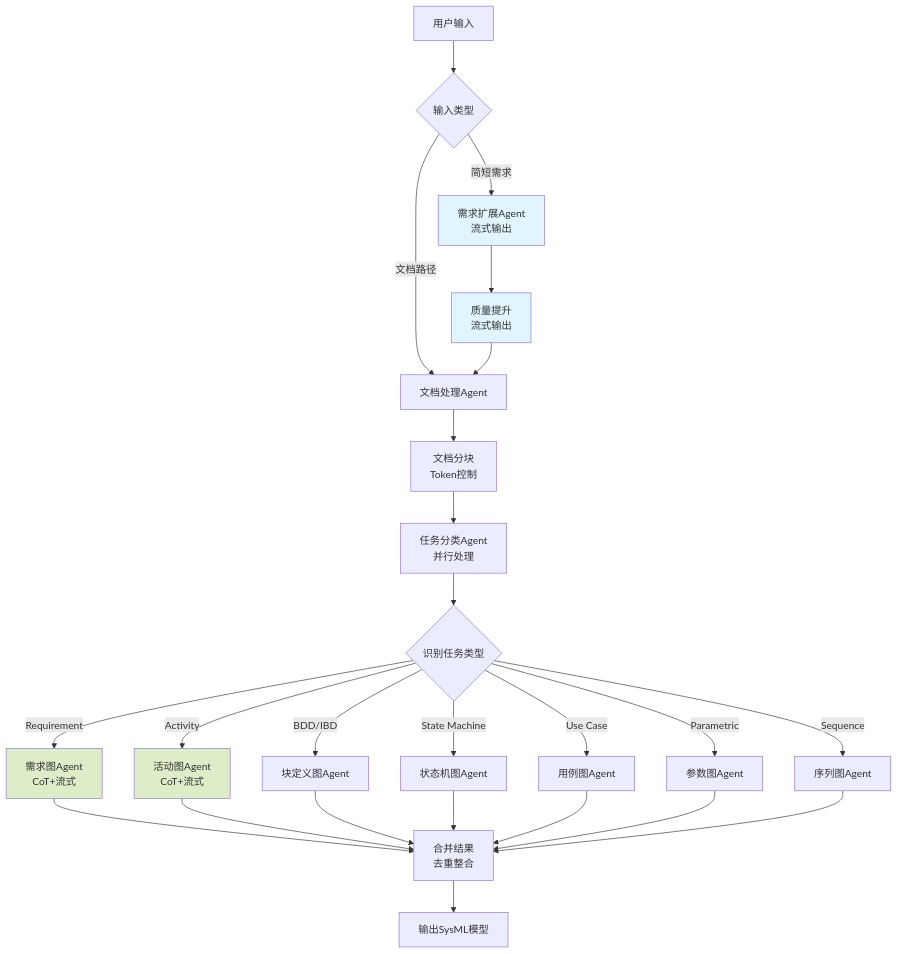
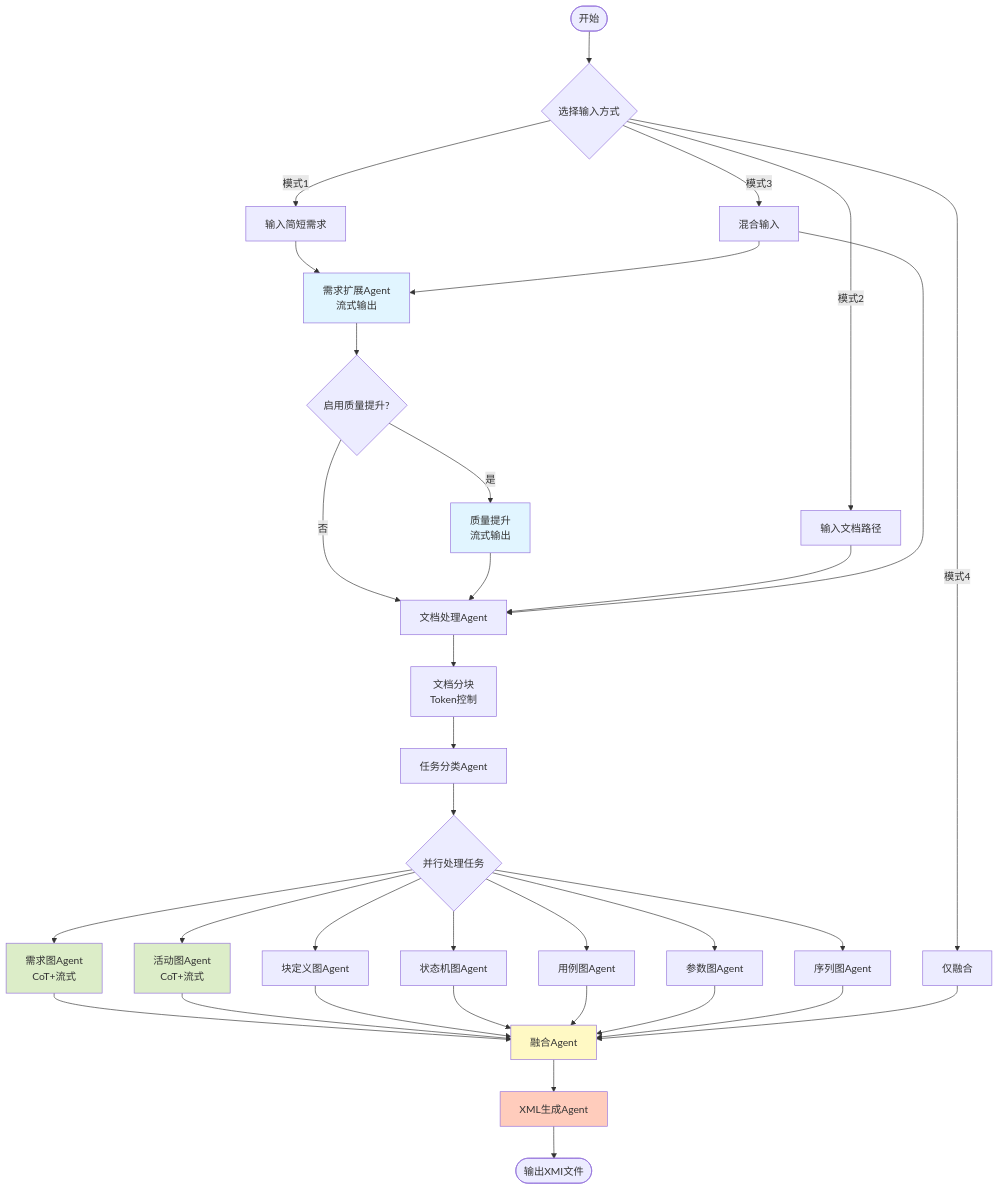
The second of 5 diagrams in langgraph-project/README.md (LnYo-Cly/auto-sysml-mbse), drawn with Mermaid before and after one commit. The commit also changed other lines of this file, not shown here.

````diff
--- a/langgraph-project/README.md
+++ b/langgraph-project/README.md
@@ -198,31 +431,52 @@
 ```mermaid
 graph TB
-    A[用户输入] --> B{输入类型}
-    B -->|简短需求| C[需求扩展Agent<br/>流式输出]
-    B -->|文档路径| D[文档处理Agent]
-    C --> E[质量提升<br/>流式输出]
-    E --> D
-    D --> F[文档分块<br/>Token控制]
-    F --> G[任务分类Agent<br/>并行处理]
-    G --> H{识别任务类型}
-    H -->|Requirement| I1[需求图Agent<br/>CoT+流式]
-    H -->|Activity| I2[活动图Agent<br/>CoT+流式]
-    H -->|BDD/IBD| I3[块定义图Agent]
-    H -->|State Machine| I4[状态机图Agent]
-    H -->|Use Case| I5[用例图Agent]
-    H -->|Parametric| I6[参数图Agent]
-    H -->|Sequence| I7[序列图Agent]
-    I1 --> J[合并结果<br/>去重整合]
-    I2 --> J
-    I3 --> J
-    I4 --> J
-    I5 --> J
-    I6 --> J
-    I7 --> J
-    J --> K[输出SysML模型]
+    Start([开始]) --> Input{选择输入方式}
     
-    style C fill:#e1f5ff
-    style E fill:#e1f5ff
-    style I1 fill:#dcedc8
-    style I2 fill:#dcedc8
+    Input -->|模式1| ShortReq[输入简短需求]
+    Input -->|模式2| DocPath[输入文档路径]
+    Input -->|模式3| Hybrid[混合输入]
+    Input -->|模式4| FusionOnly[仅融合]
+    
+    ShortReq --> Expand[需求扩展Agent<br/>流式输出]
+    Expand --> Quality{启用质量提升?}
+    Quality -->|是| Enhance[质量提升<br/>流式输出]
+    Quality -->|否| DocProc
+    Enhance --> DocProc[文档处理Agent]
+    
+    DocPath --> DocProc
+    Hybrid --> Expand
+    Hybrid --> DocProc
+    
+    DocProc --> Chunk[文档分块<br/>Token控制]
+    Chunk --> Classify[任务分类Agent]
+    
+    Classify --> Parallel{并行处理任务}
+    
+    Parallel --> Req[需求图Agent<br/>CoT+流式]
+    Parallel --> Act[活动图Agent<br/>CoT+流式]
+    Parallel --> Bdd[块定义图Agent]
+    Parallel --> Stm[状态机图Agent]
+    Parallel --> Uc[用例图Agent]
+    Parallel --> Par[参数图Agent]
+    Parallel --> Seq[序列图Agent]
+    
+    Req --> Fusion[融合Agent]
+    Act --> Fusion
+    Bdd --> Fusion
+    Stm --> Fusion
+    Uc --> Fusion
+    Par --> Fusion
+    Seq --> Fusion
+    
+    FusionOnly --> Fusion
+    
+    Fusion --> XML[XML生成Agent]
+    XML --> Output([输出XMI文件])
+    
+    style Expand fill:#e1f5ff
+    style Enhance fill:#e1f5ff
+    style Req fill:#dcedc8
+    style Act fill:#dcedc8
+    style Fusion fill:#fff9c4
+    style XML fill:#ffccbc
 ```
````
